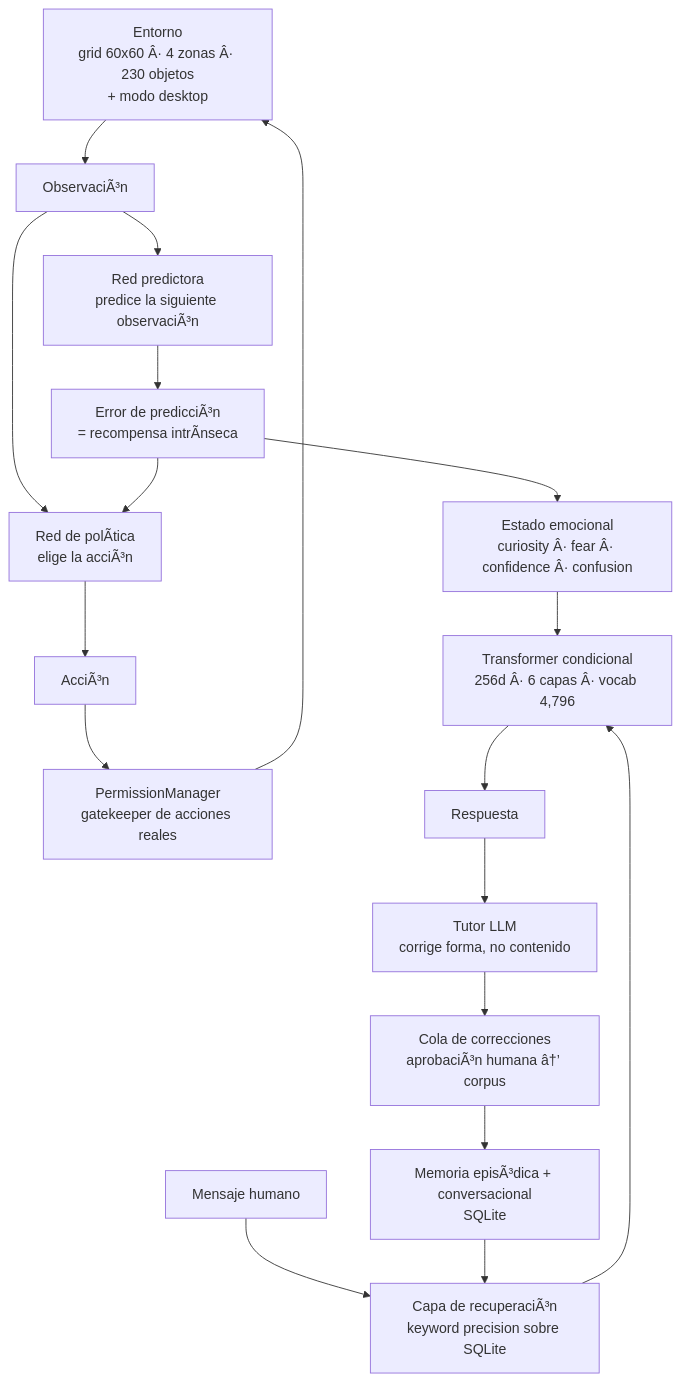
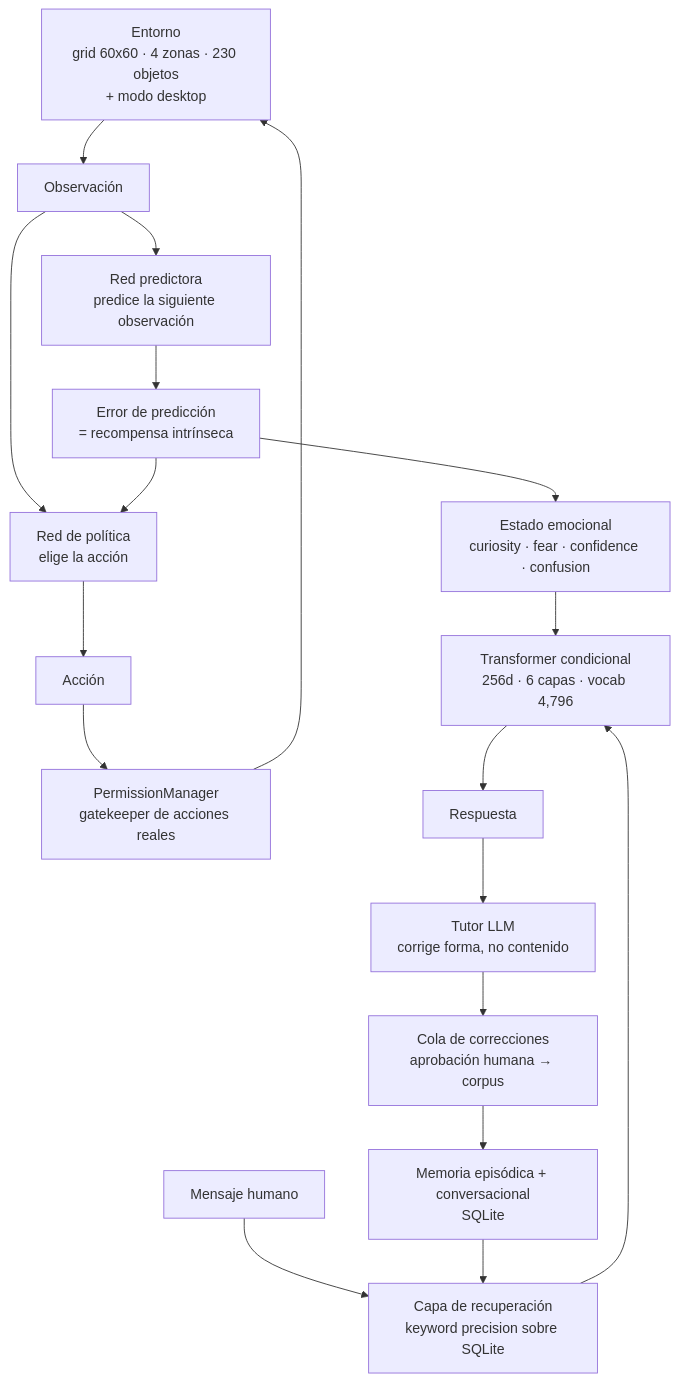
The diagram in README.md (Gab1toX/maberyk), drawn with Mermaid before and after one commit. The commit also changed other lines of this file, not shown here.

````diff
--- a/README.md
+++ b/README.md
@@ -17,21 +17,21 @@
 ```mermaid
 graph TD
-    ENV["Entorno<br/>grid 60x60 Â· 4 zonas Â· 230 objetos<br/>+ modo desktop"] --> OBS[ObservaciÃ³n]
-    OBS --> PRED["Red predictora<br/>predice la siguiente observaciÃ³n"]
-    OBS --> POL["Red de polÃ­tica<br/>elige la acciÃ³n"]
-    PRED --> ERR["Error de predicciÃ³n<br/>= recompensa intrÃ­nseca"]
+    ENV["Entorno<br/>grid 60x60 · 4 zonas · 230 objetos<br/>+ modo desktop"] --> OBS[Observación]
+    OBS --> PRED["Red predictora<br/>predice la siguiente observación"]
+    OBS --> POL["Red de política<br/>elige la acción"]
+    PRED --> ERR["Error de predicción<br/>= recompensa intrínseca"]
     ERR --> POL
-    POL --> ACT[AcciÃ³n]
+    POL --> ACT[Acción]
     ACT --> PERM["PermissionManager<br/>gatekeeper de acciones reales"]
     PERM --> ENV
-    ERR --> EMO["Estado emocional<br/>curiosity Â· fear Â· confidence Â· confusion"]
+    ERR --> EMO["Estado emocional<br/>curiosity · fear · confidence · confusion"]
 
-    HUM[Mensaje humano] --> RET["Capa de recuperaciÃ³n<br/>keyword precision sobre SQLite"]
-    RET --> LM["Transformer condicional<br/>256d Â· 6 capas Â· vocab 4,796"]
+    HUM[Mensaje humano] --> RET["Capa de recuperación<br/>keyword precision sobre SQLite"]
+    RET --> LM["Transformer condicional<br/>256d · 6 capas · vocab 4,796"]
     LM --> RESP[Respuesta]
     EMO --> LM
-    MEM["Memoria episÃ³dica + conversacional<br/>SQLite"] --> RET
+    MEM["Memoria episódica + conversacional<br/>SQLite"] --> RET
     RESP --> TUT["Tutor LLM<br/>corrige forma, no contenido"]
-    TUT --> QUEUE["Cola de correcciones<br/>aprobaciÃ³n humana â†’ corpus"]
+    TUT --> QUEUE["Cola de correcciones<br/>aprobación humana → corpus"]
     QUEUE --> MEM
 ```
````
